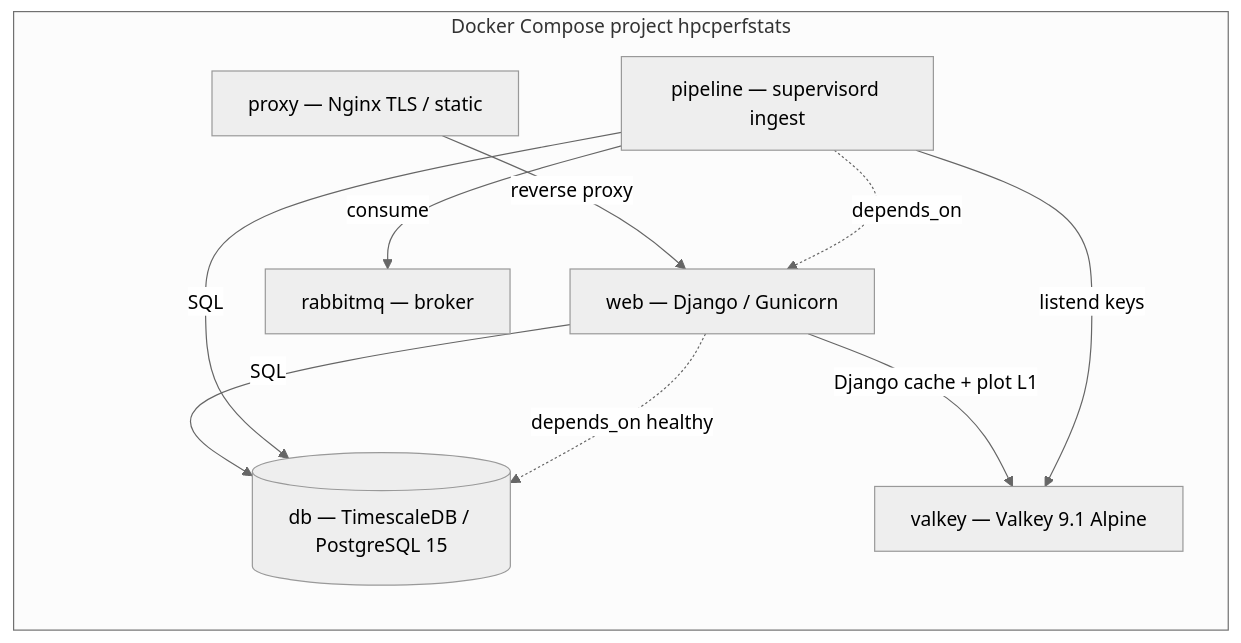
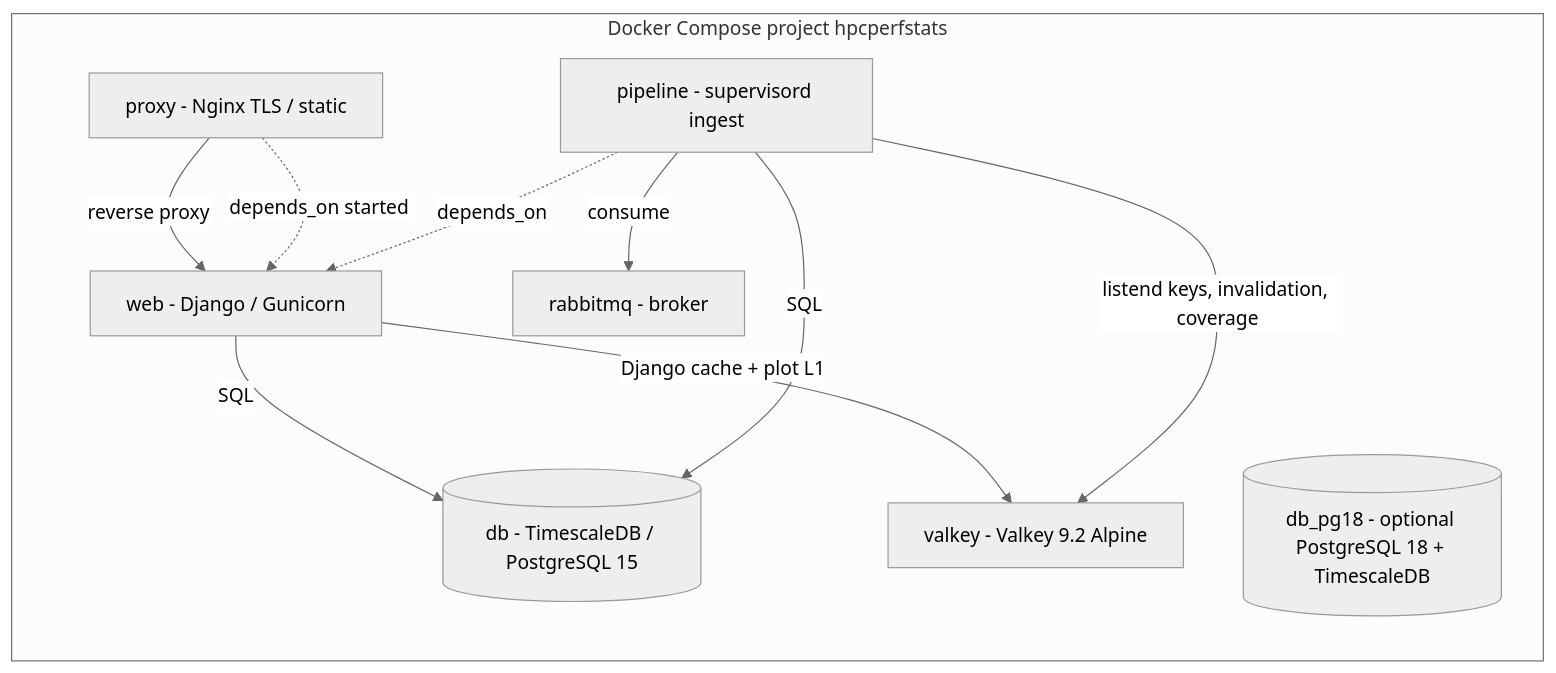
One commit to TACC/HPCPerfStats changed the second of 2 diagrams in docs/design-document.md. Above: the diagram before and after it, drawn with Mermaid (neutral theme). The commit also changed other lines of this file and 41 other files, not shown here.

````diff
--- a/docs/design-document.md
+++ b/docs/design-document.md
@@ -92,21 +97,22 @@
 ```mermaid
 flowchart TB
   subgraph compose["Docker Compose project hpcperfstats"]
     direction TB
-    PXY[proxy — Nginx TLS / static]
-    WEB[web — Django / Gunicorn]
-    PIPE[pipeline — supervisord ingest]
-    DB[(db — TimescaleDB / PostgreSQL 15)]
-    VALKEY[valkey — Valkey 9.1 Alpine]
-    RMQ[rabbitmq — broker]
+    PXY[proxy - Nginx TLS / static]
+    WEB[web - Django / Gunicorn]
+    PIPE[pipeline - supervisord ingest]
+    DB[(db - TimescaleDB / PostgreSQL 15)]
+    DB18[(db_pg18 - optional PostgreSQL 18 + TimescaleDB)]
+    VALKEY[valkey - Valkey 9.2 Alpine]
+    RMQ[rabbitmq - broker]
   end
 
   PXY -->|reverse proxy| WEB
   WEB -->|SQL| DB
   WEB -->|Django cache + plot L1| VALKEY
   PIPE -->|SQL| DB
-  PIPE -->|listend keys| VALKEY
+  PIPE -->|listend keys, invalidation, coverage| VALKEY
   PIPE -->|consume| RMQ
-  WEB -.->|depends_on healthy| DB
+  PXY -.->|depends_on started| WEB
   PIPE -.->|depends_on| WEB
 ```
````
